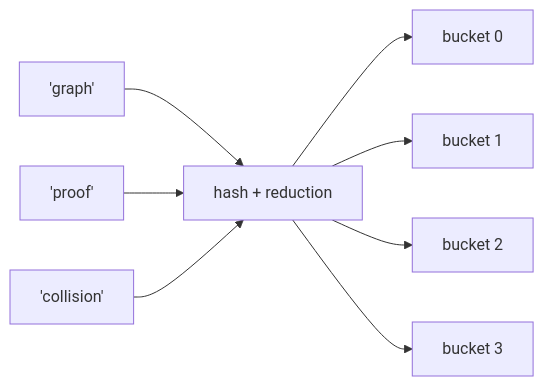
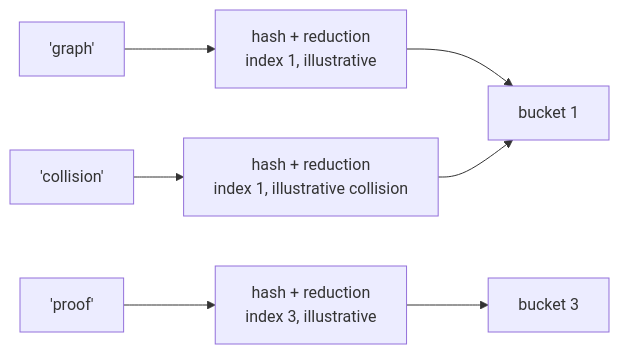
The third of 9 diagrams in content/modules/08_hashing_dictionaries_sets_indexing.md (michaeliu3/atlas-academy-python-cs), drawn with Mermaid before and after one commit. The commit also changed other lines of this file and 8 other files, not shown here.

````diff
--- a/content/modules/08_hashing_dictionaries_sets_indexing.md
+++ b/content/modules/08_hashing_dictionaries_sets_indexing.md
@@ -243,10 +250,12 @@
 ```mermaid
+%% atlas-diagram-id: m08-hash-address-compression
+%% atlas-diagram-title: Hashing reduces a large key universe to a table index
+%% atlas-diagram-alt: Example string keys each enter their own illustrative hash-and-reduction step, selecting one of four table buckets. Two shown keys select bucket 1, demonstrating that reducing a larger key universe into a small bucket set can produce a collision.
 flowchart LR
-    K1["'graph'"] --> H["hash + reduction"]
-    K2["'proof'"] --> H
-    K3["'collision'"] --> H
-    H --> B0["bucket 0"]
-    H --> B1["bucket 1"]
-    H --> B2["bucket 2"]
-    H --> B3["bucket 3"]
+    K1["'graph'"] --> H1["hash + reduction<br/>index 1, illustrative"]
+    K2["'proof'"] --> H2["hash + reduction<br/>index 3, illustrative"]
+    K3["'collision'"] --> H3["hash + reduction<br/>index 1, illustrative collision"]
+    H1 --> B1["bucket 1"]
+    H2 --> B3["bucket 3"]
+    H3 --> B1
 ```
````
